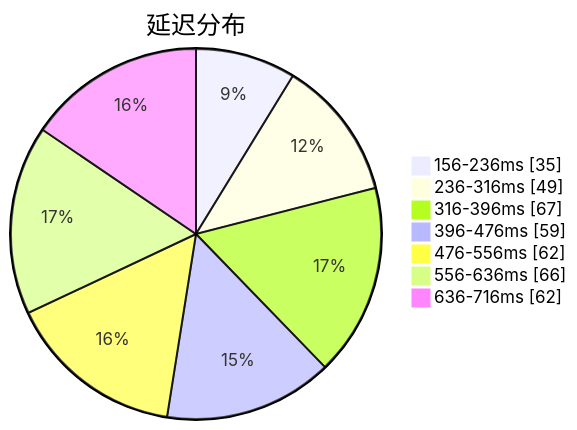
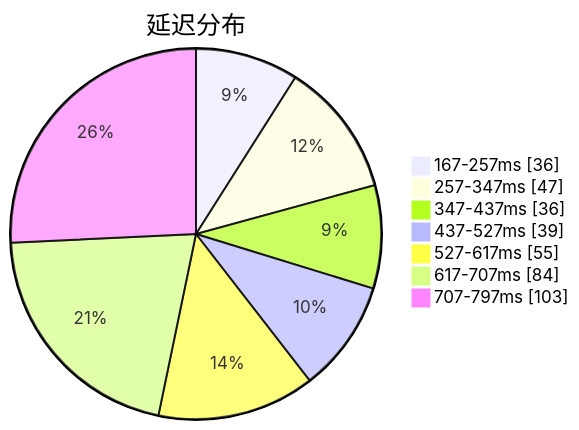
One commit to qjlxg/airport changed the first of 3 diagrams in subs/statistics/tested_within.md. Above: the diagram before and after it, drawn with Mermaid. The commit also changed other lines of this file and 2 other files, not shown here.

````diff
--- a/subs/statistics/tested_within.md
+++ b/subs/statistics/tested_within.md
@@ -2,11 +2,11 @@
 ```mermaid
 pie showData
 title 延迟分布
-"156-236ms" : 35
-"236-316ms" : 49
-"316-396ms" : 67
-"396-476ms" : 59
-"476-556ms" : 62
-"556-636ms" : 66
-"636-716ms" : 62
+"167-257ms" : 36
+"257-347ms" : 47
+"347-437ms" : 36
+"437-527ms" : 39
+"527-617ms" : 55
+"617-707ms" : 84
+"707-797ms" : 103
 ```
````
